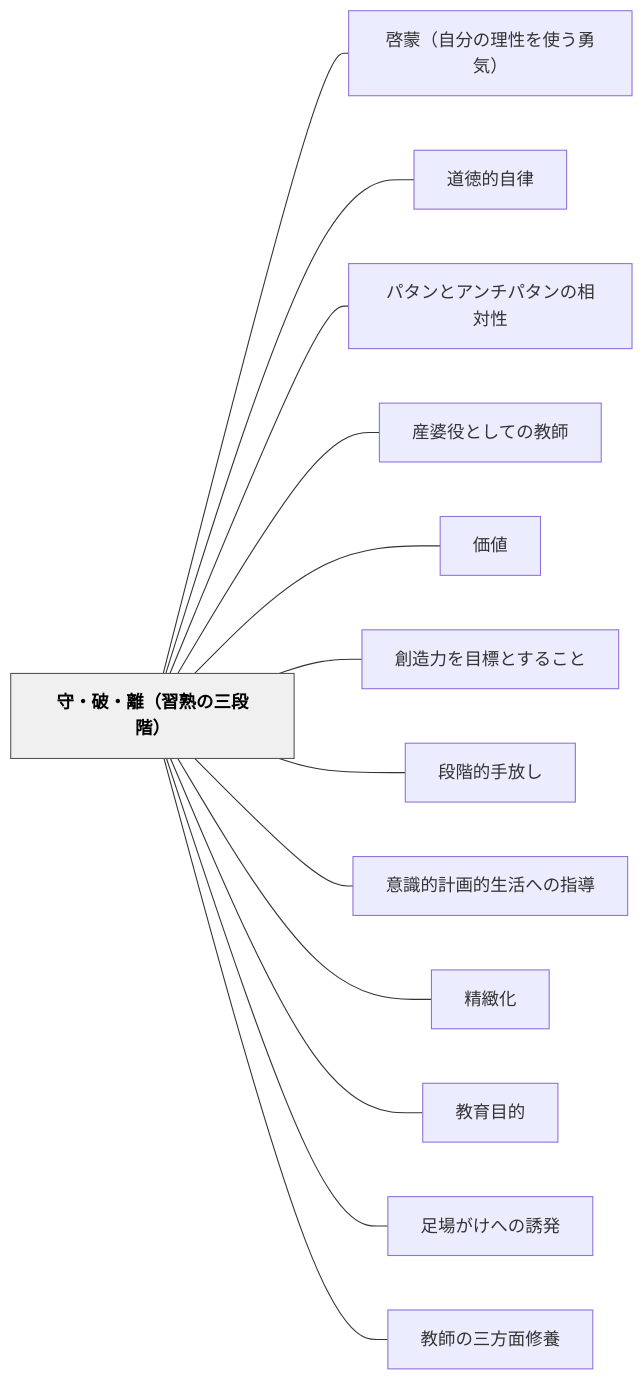
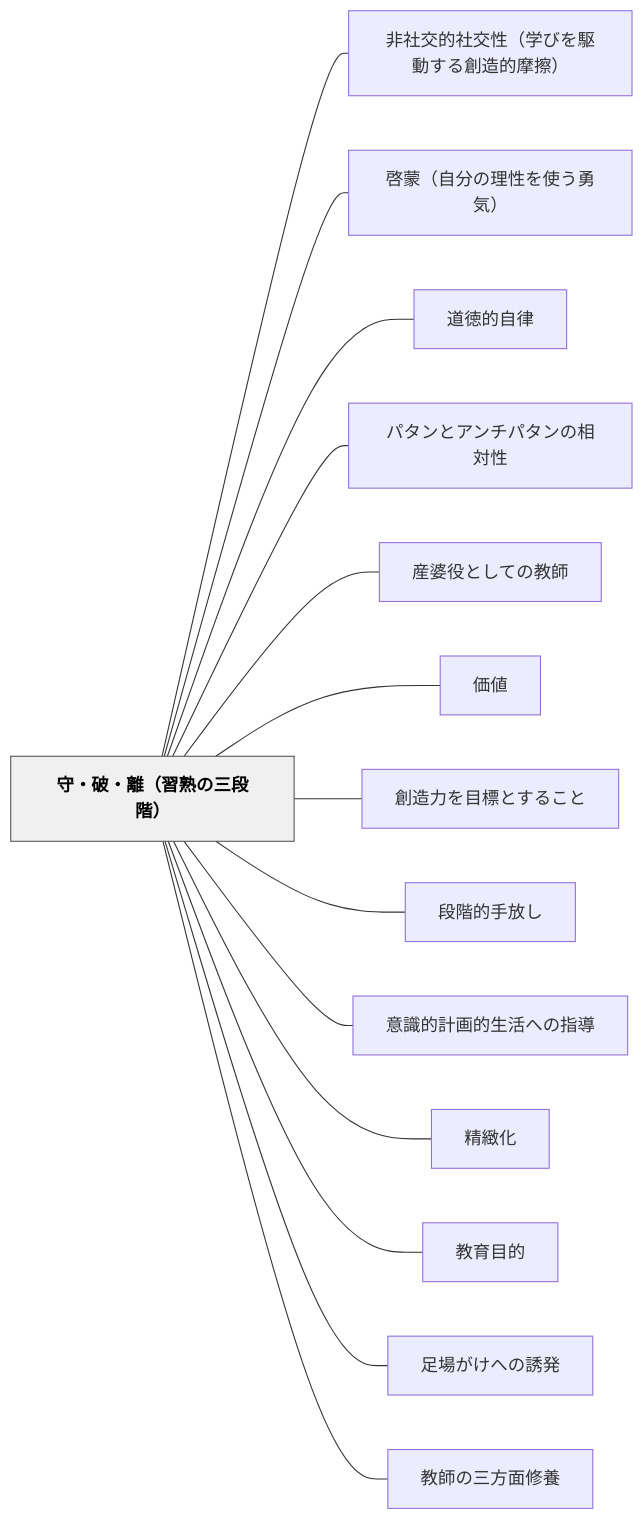
One commit to unknownthings-ed-patterns/unknownthings-ed-patterns changed the diagram in content/パタン/守・破・離（習熟の三段階）.md. Above: the diagram before and after it, drawn with Mermaid. The commit also changed other lines of this file and 14 other files, not shown here.

````diff
--- a/content/パタン/守・破・離（習熟の三段階）.md
+++ b/content/パタン/守・破・離（習熟の三段階）.md
@@ -165,32 +166,34 @@
 ```mermaid
 flowchart LR
     ne5ae88e383bbe7a0b4e383bbe99ba2efbc88e7bf92e7869fe381aee4b889e6aeb5e99a8eefbc89["守・破・離（習熟の三段階）"]
+    ne99d9ee7a4bee4baa4e79a84e7a4bee4baa4e680a7efbc88e5ada6e381b3e38292e9a786e58b95e38199e3828be589b5e980a0e79a84e691a9e693a6efbc89["非社交的社交性（学びを駆動する創造的摩擦）"]
     ne59593e89299efbc88e887aae58886e381aee79086e680a7e38292e4bdbfe38186e58b87e6b097efbc89["啓蒙（自分の理性を使う勇気）"]
     ne98193e5beb3e79a84e887aae5be8b["道徳的自律"]
     ne38391e382bfe383b3e381a8e382a2e383b3e38381e38391e382bfe383b3e381aee79bb8e5afbee680a7["パタンとアンチパタンの相対性"]
     ne794a3e5a986e5bdb9e381a8e38197e381a6e381aee69599e5b8ab["産婆役としての教師"]
     ne4bea1e580a4["価値"]
     ne589b5e980a0e58a9be38292e79baee6a899e381a8e38199e3828be38193e381a8["創造力を目標とすること"]
     ne6aeb5e99a8ee79a84e6898be694bee38197["段階的手放し"]
     ne6848fe8ad98e79a84e8a888e794bbe79a84e7949fe6b4bbe381b8e381aee68c87e5b08e["意識的計画的生活への指導"]
     ne7b2bee7b7bbe58c96["精緻化"]
     ne69599e882b2e79baee79a84["教育目的"]
     ne8b6b3e5a0b4e3818ce38191e381b8e381aee8aa98e799ba["足場がけへの誘発"]
     ne69599e5b8abe381aee4b889e696b9e99da2e4bfaee9a48a["教師の三方面修養"]
 
+    ne5ae88e383bbe7a0b4e383bbe99ba2efbc88e7bf92e7869fe381aee4b889e6aeb5e99a8eefbc89 --- ne99d9ee7a4bee4baa4e79a84e7a4bee4baa4e680a7efbc88e5ada6e381b3e38292e9a786e58b95e38199e3828be589b5e980a0e79a84e691a9e693a6efbc89
     ne5ae88e383bbe7a0b4e383bbe99ba2efbc88e7bf92e7869fe381aee4b889e6aeb5e99a8eefbc89 --- ne59593e89299efbc88e887aae58886e381aee79086e680a7e38292e4bdbfe38186e58b87e6b097efbc89
     ne5ae88e383bbe7a0b4e383bbe99ba2efbc88e7bf92e7869fe381aee4b889e6aeb5e99a8eefbc89 --- ne98193e5beb3e79a84e887aae5be8b
     ne5ae88e383bbe7a0b4e383bbe99ba2efbc88e7bf92e7869fe381aee4b889e6aeb5e99a8eefbc89 --- ne38391e382bfe383b3e381a8e382a2e383b3e38381e38391e382bfe383b3e381aee79bb8e5afbee680a7
     ne5ae88e383bbe7a0b4e383bbe99ba2efbc88e7bf92e7869fe381aee4b889e6aeb5e99a8eefbc89 --- ne794a3e5a986e5bdb9e381a8e38197e381a6e381aee69599e5b8ab
     ne5ae88e383bbe7a0b4e383bbe99ba2efbc88e7bf92e7869fe381aee4b889e6aeb5e99a8eefbc89 --- ne4bea1e580a4
     ne5ae88e383bbe7a0b4e383bbe99ba2efbc88e7bf92e7869fe381aee4b889e6aeb5e99a8eefbc89 --- ne589b5e980a0e58a9be38292e79baee6a899e381a8e38199e3828be38193e381a8
     ne5ae88e383bbe7a0b4e383bbe99ba2efbc88e7bf92e7869fe381aee4b889e6aeb5e99a8eefbc89 --- ne6aeb5e99a8ee79a84e6898be694bee38197
     ne5ae88e383bbe7a0b4e383bbe99ba2efbc88e7bf92e7869fe381aee4b889e6aeb5e99a8eefbc89 --- ne6848fe8ad98e79a84e8a888e794bbe79a84e7949fe6b4bbe381b8e381aee68c87e5b08e
     ne5ae88e383bbe7a0b4e383bbe99ba2efbc88e7bf92e7869fe381aee4b889e6aeb5e99a8eefbc89 --- ne7b2bee7b7bbe58c96
     ne5ae88e383bbe7a0b4e383bbe99ba2efbc88e7bf92e7869fe381aee4b889e6aeb5e99a8eefbc89 --- ne69599e882b2e79baee79a84
     ne5ae88e383bbe7a0b4e383bbe99ba2efbc88e7bf92e7869fe381aee4b889e6aeb5e99a8eefbc89 --- ne8b6b3e5a0b4e3818ce38191e381b8e381aee8aa98e799ba
     ne5ae88e383bbe7a0b4e383bbe99ba2efbc88e7bf92e7869fe381aee4b889e6aeb5e99a8eefbc89 --- ne69599e5b8abe381aee4b889e696b9e99da2e4bfaee9a48a
 
     classDef hub fill:#f0f0f0,stroke:#555,color:#000,font-weight:bold
     class ne5ae88e383bbe7a0b4e383bbe99ba2efbc88e7bf92e7869fe381aee4b889e6aeb5e99a8eefbc89 hub
 ```
````
